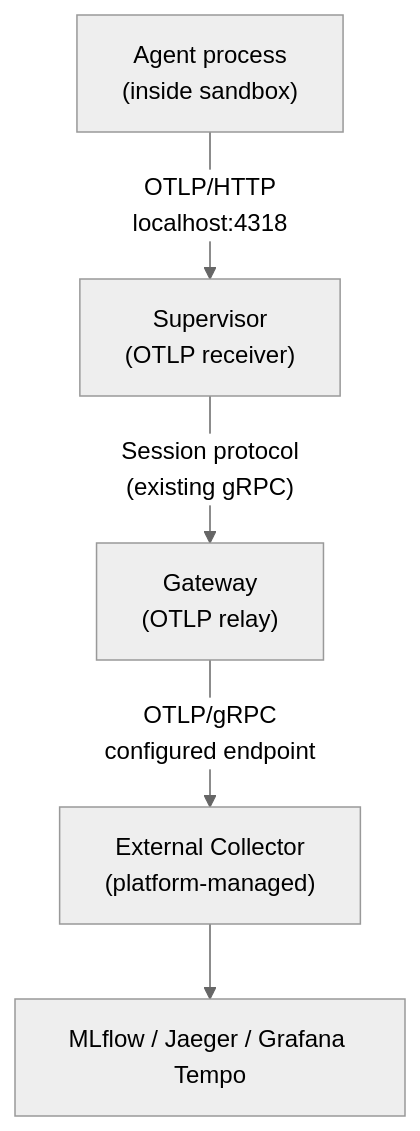
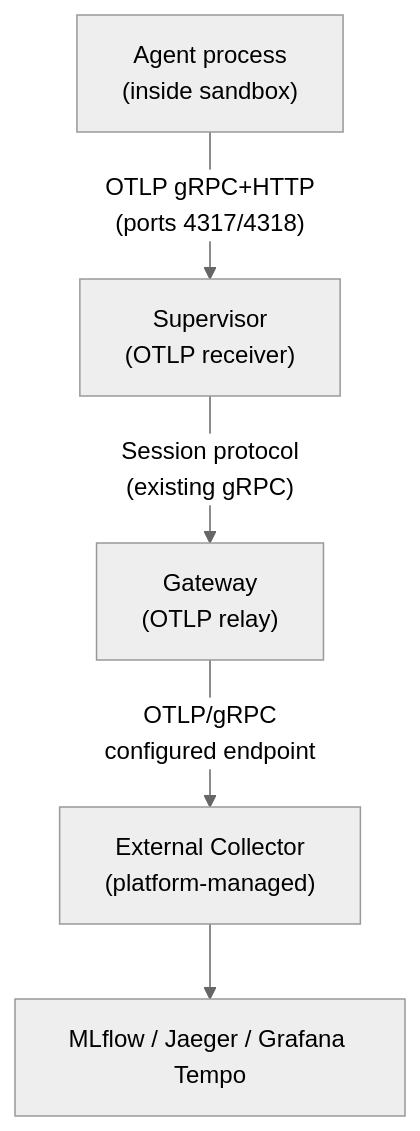
Before and after one commit to NVIDIA/OpenShell: the first of 2 diagrams in rfc/0012-observability-architecture/README.md, drawn with Mermaid (neutral theme). The commit also changed other lines of this file, not shown here.

````diff
--- a/rfc/0012-observability-architecture/README.md
+++ b/rfc/0012-observability-architecture/README.md
@@ -81,7 +92,7 @@
 ```mermaid
 graph TD
-    A["Agent process<br/>(inside sandbox)"] -->|"OTLP/HTTP<br/>localhost:4318"| B["Supervisor<br/>(OTLP receiver)"]
+    A["Agent process<br/>(inside sandbox)"] -->|"OTLP gRPC+HTTP<br/>(ports 4317/4318)"| B["Supervisor<br/>(OTLP receiver)"]
     B -->|"Session protocol<br/>(existing gRPC)"| C["Gateway<br/>(OTLP relay)"]
     C -->|"OTLP/gRPC<br/>configured endpoint"| D["External Collector<br/>(platform-managed)"]
     D --> E["MLflow / Jaeger / Grafana Tempo"]
 ```
````
